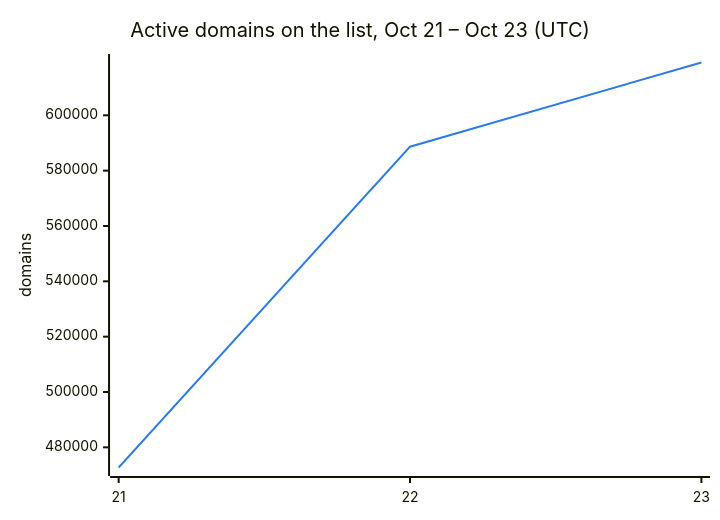
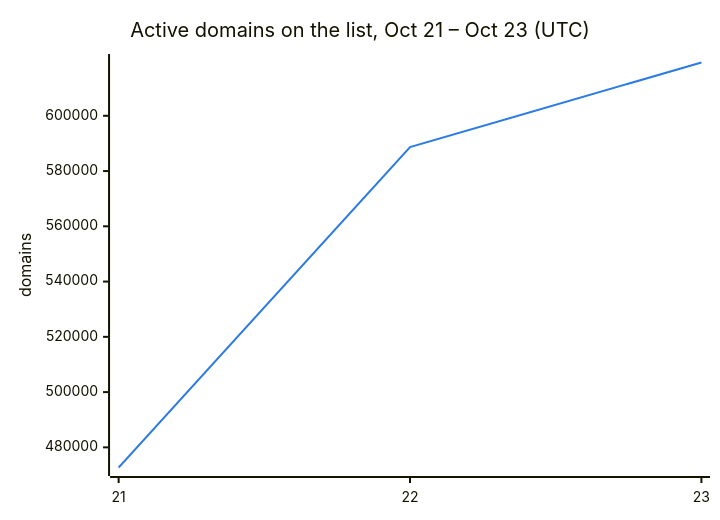
Before and after one commit to DNSBunker/CTI: the second of 3 diagrams in README.md, drawn with Mermaid. The commit also changed other lines of this file and 3 other files, not shown here.

````diff
--- a/README.md
+++ b/README.md
@@ -38,8 +38,8 @@
 ```mermaid
 %%{init: {"themeVariables": {"xyChart": {"plotColorPalette": "#2c7be5"}}}}%%
 xychart-beta
     title "Active domains on the list, Oct 21 – Oct 23 (UTC)"
     x-axis ["21", "22", "23"]
     y-axis "domains"
-    line [472713, 588659, 619084]
+    line [472713, 588659, 619282]
 ```
````
